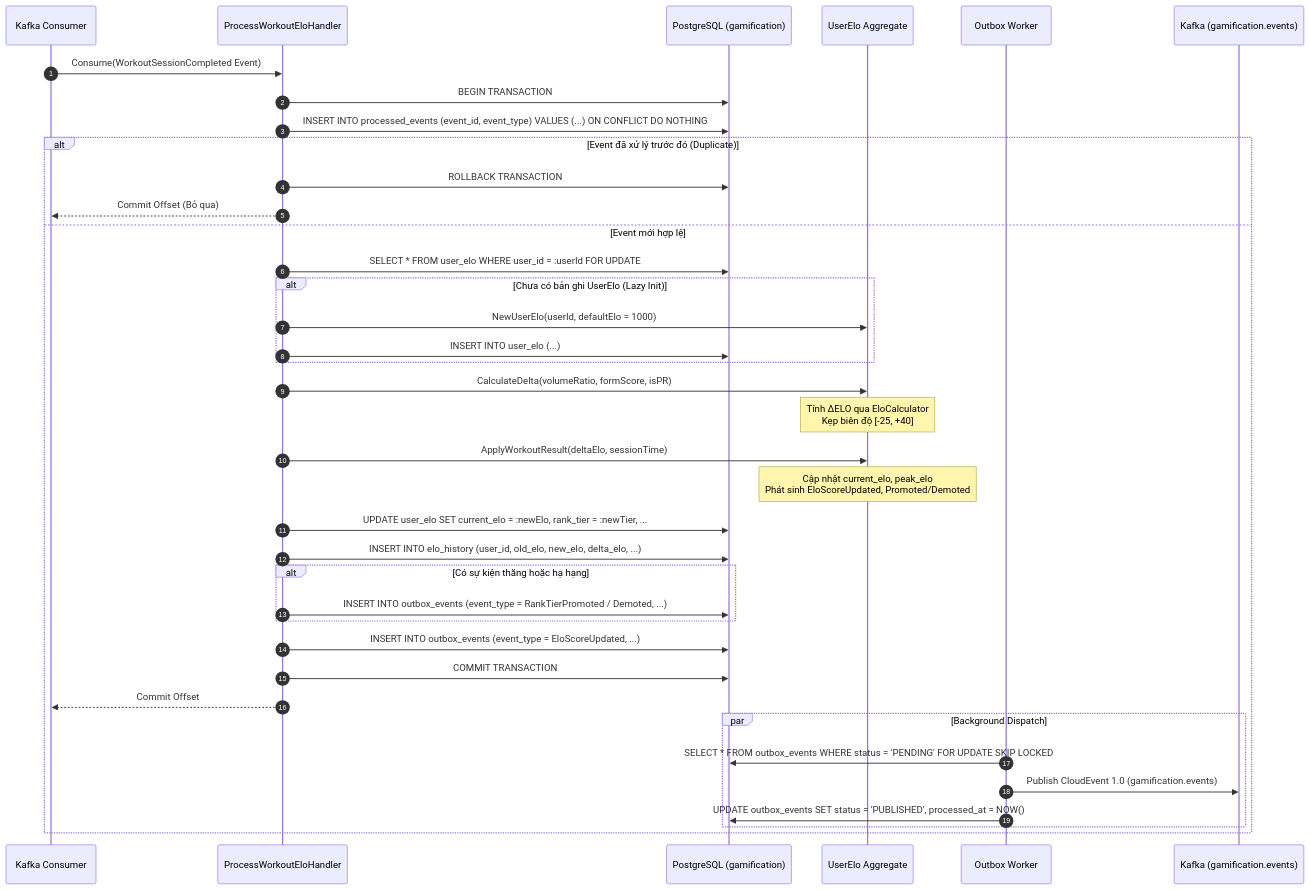
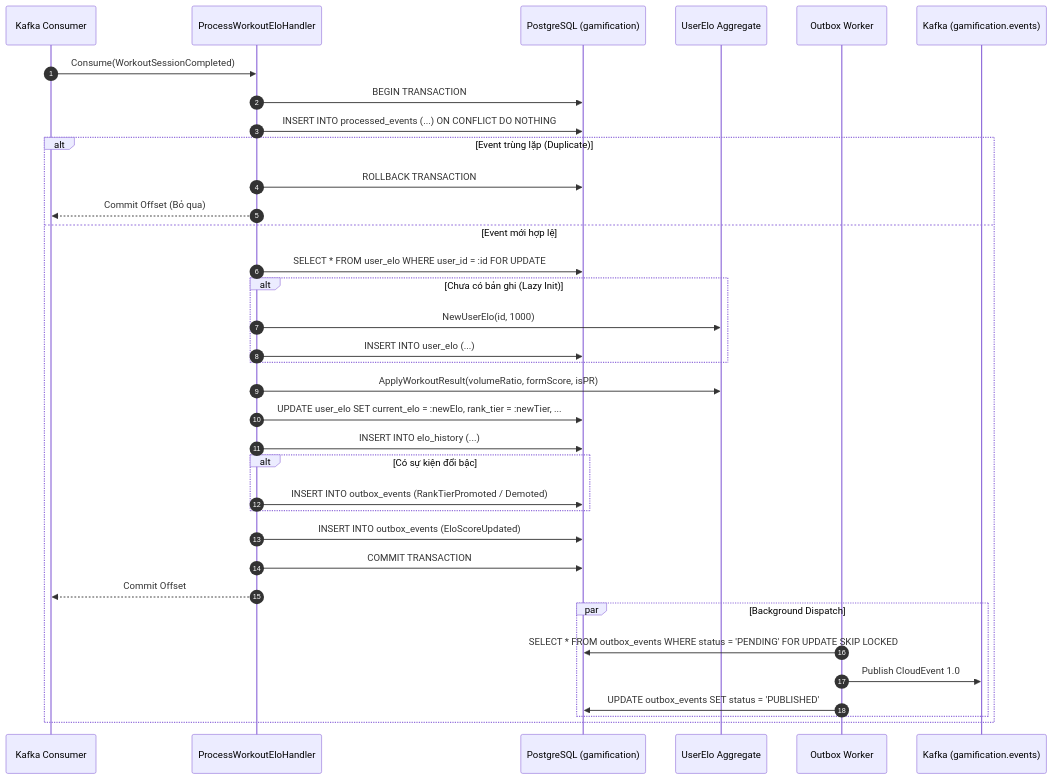
The fourth of 7 diagrams in internal/gamification/docs/features/elo-and-rank-tiers/02-design.md (viethung213/gym-companion), drawn with Mermaid before and after one commit. The commit also changed other lines of this file and 3 other files, not shown here.

````diff
--- a/internal/gamification/docs/features/elo-and-rank-tiers/02-design.md
+++ b/internal/gamification/docs/features/elo-and-rank-tiers/02-design.md
@@ -263,47 +241,38 @@
 ```mermaid
 sequenceDiagram
     autonumber
     participant K as Kafka Consumer
     participant App as ProcessWorkoutEloHandler
     participant DB as PostgreSQL (gamification)
     participant Domain as UserElo Aggregate
     participant OW as Outbox Worker
     participant EventBus as Kafka (gamification.events)
 
-    K->>App: Consume(WorkoutSessionCompleted Event)
+    K->>App: Consume(WorkoutSessionCompleted)
     App->>DB: BEGIN TRANSACTION
-
-    App->>DB: INSERT INTO processed_events (event_id, event_type) VALUES (...) ON CONFLICT DO NOTHING
-    alt Event đã xử lý trước đó (Duplicate)
+    App->>DB: INSERT INTO processed_events (...) ON CONFLICT DO NOTHING
+    alt Event trùng lặp (Duplicate)
         App->>DB: ROLLBACK TRANSACTION
         App-->>K: Commit Offset (Bỏ qua)
     else Event mới hợp lệ
-        App->>DB: SELECT * FROM user_elo WHERE user_id = :userId FOR UPDATE
-        alt Chưa có bản ghi UserElo (Lazy Init)
-            App->>Domain: NewUserElo(userId, defaultElo = 1000)
+        App->>DB: SELECT * FROM user_elo WHERE user_id = :id FOR UPDATE
+        alt Chưa có bản ghi (Lazy Init)
+            App->>Domain: NewUserElo(id, 1000)
             App->>DB: INSERT INTO user_elo (...)
         end
-
-        App->>Domain: CalculateDelta(volumeRatio, formScore, isPR)
-        Note over Domain: Tính ΔELO qua EloCalculator<br/>Kẹp biên độ [-25, +40]
-        App->>Domain: ApplyWorkoutResult(deltaElo, sessionTime)
-        Note over Domain: Cập nhật current_elo, peak_elo<br/>Phát sinh EloScoreUpdated, Promoted/Demoted
-
+        App->>Domain: ApplyWorkoutResult(volumeRatio, formScore, isPR)
         App->>DB: UPDATE user_elo SET current_elo = :newElo, rank_tier = :newTier, ...
-        App->>DB: INSERT INTO elo_history (user_id, old_elo, new_elo, delta_elo, ...)
-        
-        alt Có sự kiện thăng hoặc hạ hạng
-            App->>DB: INSERT INTO outbox_events (event_type = RankTierPromoted / Demoted, ...)
+        App->>DB: INSERT INTO elo_history (...)
+        alt Có sự kiện đổi bậc
+            App->>DB: INSERT INTO outbox_events (RankTierPromoted / Demoted)
         end
-        App->>DB: INSERT INTO outbox_events (event_type = EloScoreUpdated, ...)
-
+        App->>DB: INSERT INTO outbox_events (EloScoreUpdated)
         App->>DB: COMMIT TRANSACTION
         App-->>K: Commit Offset
-
         par Background Dispatch
             OW->>DB: SELECT * FROM outbox_events WHERE status = 'PENDING' FOR UPDATE SKIP LOCKED
-            OW->>EventBus: Publish CloudEvent 1.0 (gamification.events)
-            OW->>DB: UPDATE outbox_events SET status = 'PUBLISHED', processed_at = NOW()
+            OW->>EventBus: Publish CloudEvent 1.0
+            OW->>DB: UPDATE outbox_events SET status = 'PUBLISHED'
         end
     end
 ```
````
